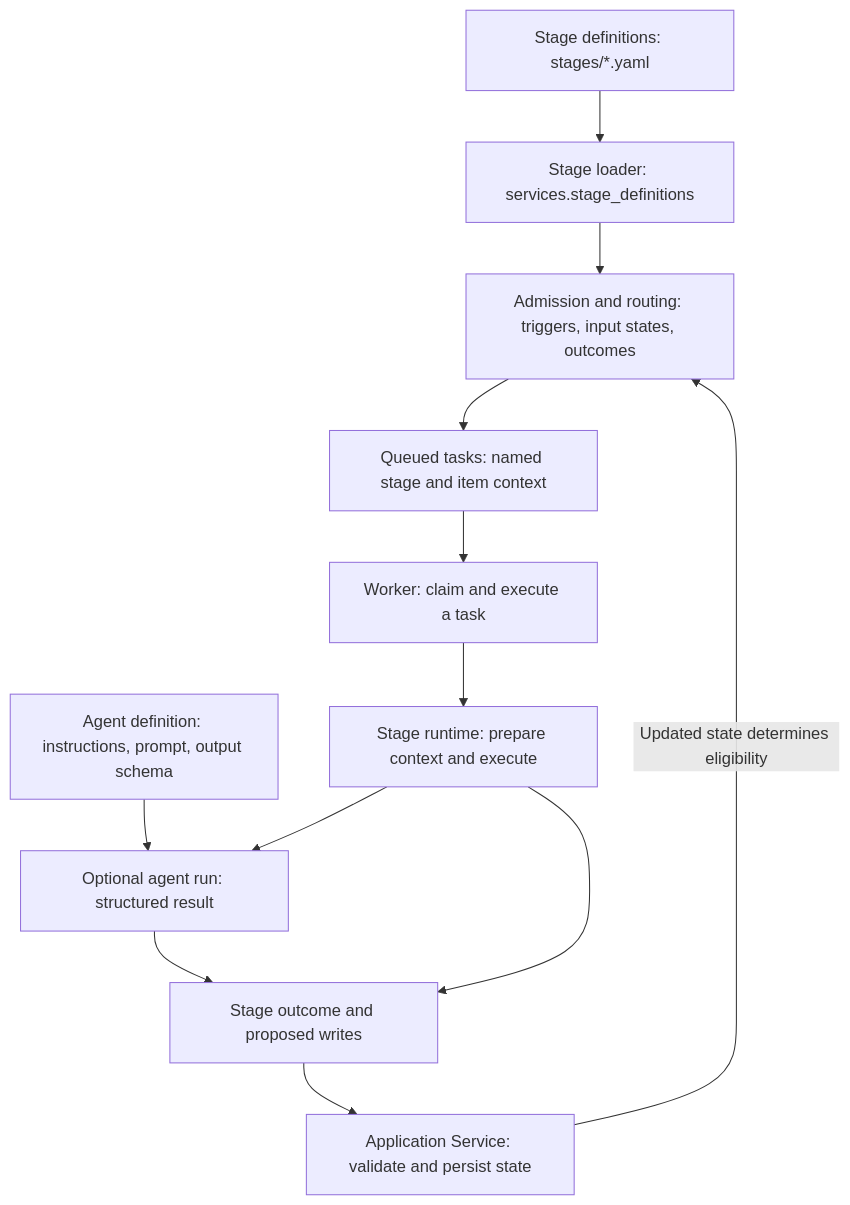
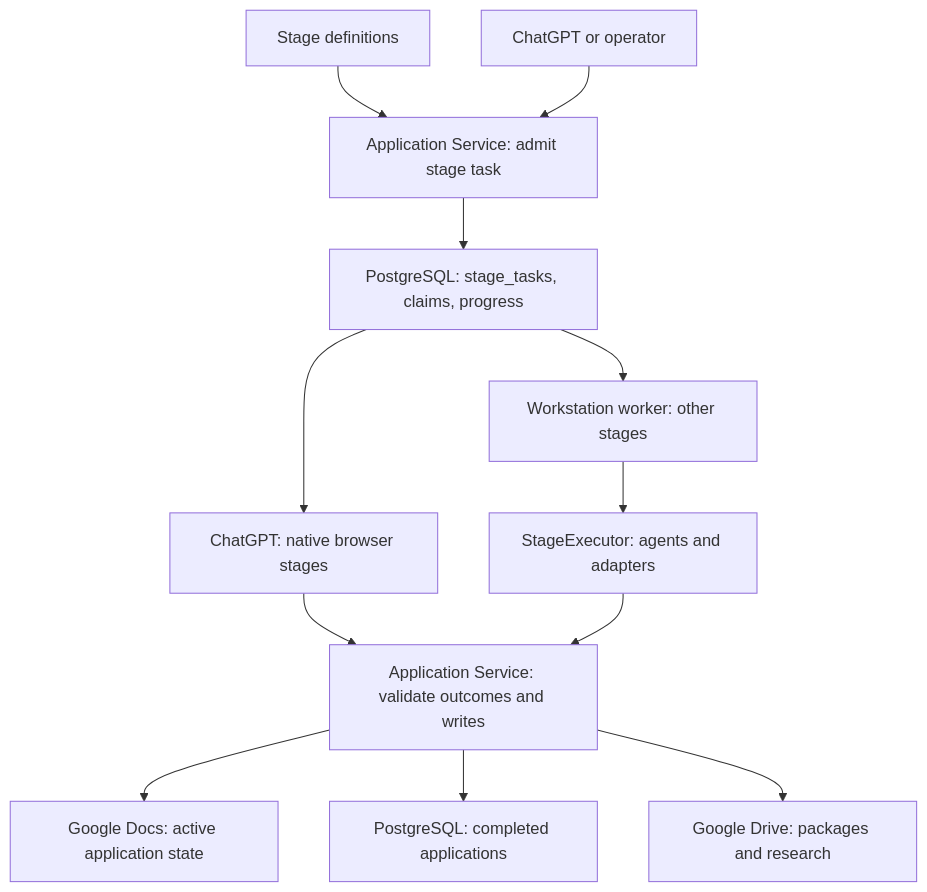
The diagram in docs/architecture.md (assafep/ai-job-search-system), drawn with Mermaid before and after one commit. The commit also changed other lines of this file and 128 other files, not shown here.

First line of the commit message:
Use a single stage task contract across code, APIs and operational state

````diff
--- a/docs/architecture.md
+++ b/docs/architecture.md
@@ -29,14 +25,14 @@
 ```mermaid
 flowchart TB
-    DEFINITIONS["Stage definitions: stages/*.yaml"] --> LOADER["Stage loader: services.stage_definitions"]
-    LOADER --> ADMISSION["Admission and routing: triggers, input states, outcomes"]
-    ADMISSION --> TASKS["Queued tasks: named stage and item context"]
-    TASKS --> WORKER["Worker: claim and execute a task"]
-    WORKER --> RUNTIME["Stage runtime: prepare context and execute"]
-    AGENT["Agent definition: instructions, prompt, output schema"] --> RUN["Optional agent run: structured result"]
-    RUNTIME --> RUN
-    RUN --> RESULT["Stage outcome and proposed writes"]
-    RUNTIME --> RESULT
-    RESULT --> SERVICE["Application Service: validate and persist state"]
-    SERVICE -->|"Updated state determines eligibility"| ADMISSION
+    DEFINITIONS["Stage definitions"] --> ADMISSION["Application Service: admit stage task"]
+    CLIENT["ChatGPT or operator"] --> ADMISSION
+    ADMISSION --> TASKS["PostgreSQL: stage_tasks, claims, progress"]
+    TASKS --> NATIVE["ChatGPT: native browser stages"]
+    TASKS --> WORKER["Workstation worker: other stages"]
+    NATIVE --> SERVICE["Application Service: validate outcomes and writes"]
+    WORKER --> EXECUTOR["StageExecutor: agents and adapters"]
+    EXECUTOR --> SERVICE
+    SERVICE --> JOURNAL["Google Docs: active application state"]
+    SERVICE --> ARCHIVE["PostgreSQL: completed applications"]
+    SERVICE --> DRIVE["Google Drive: packages and research"]
 ```
````
